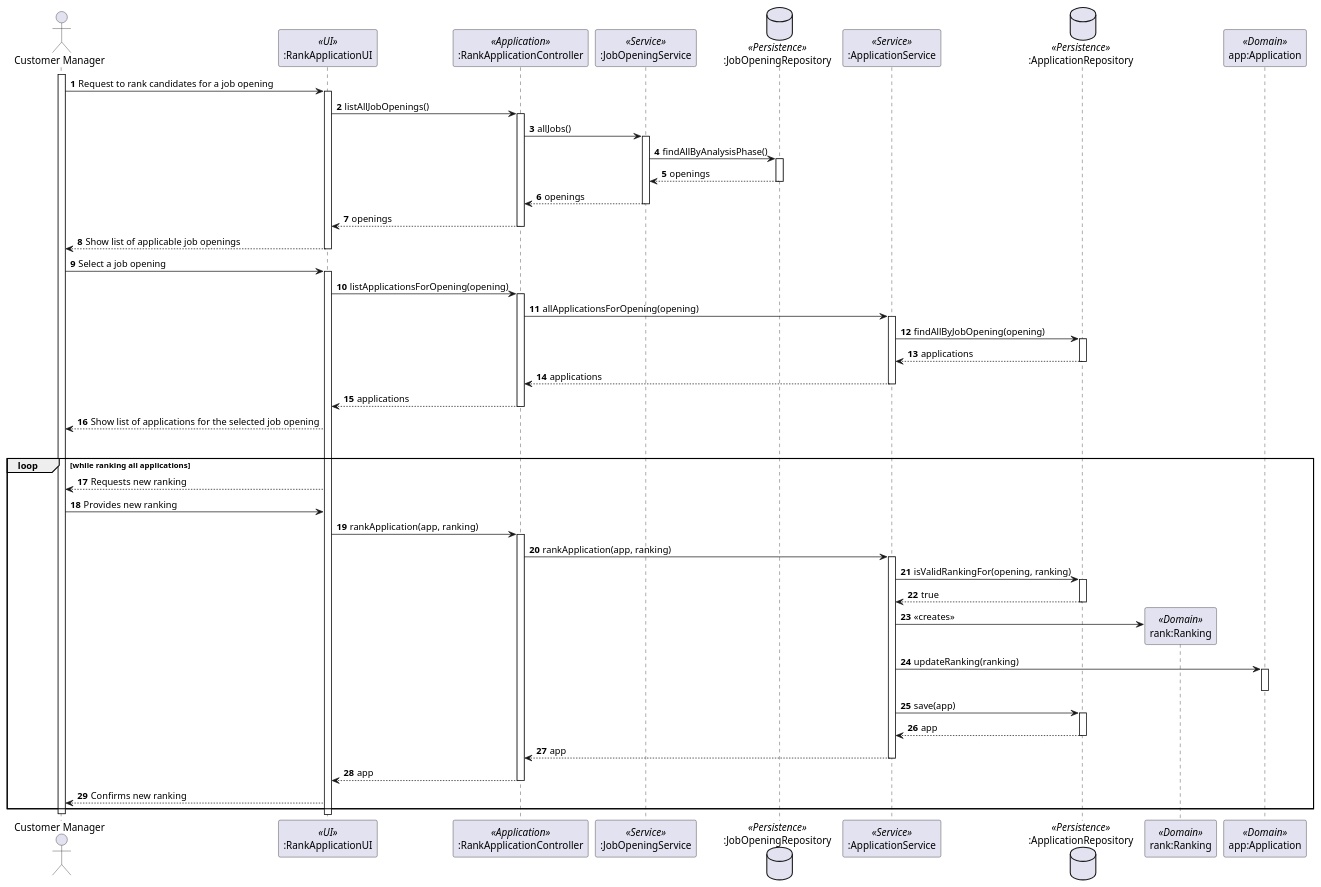
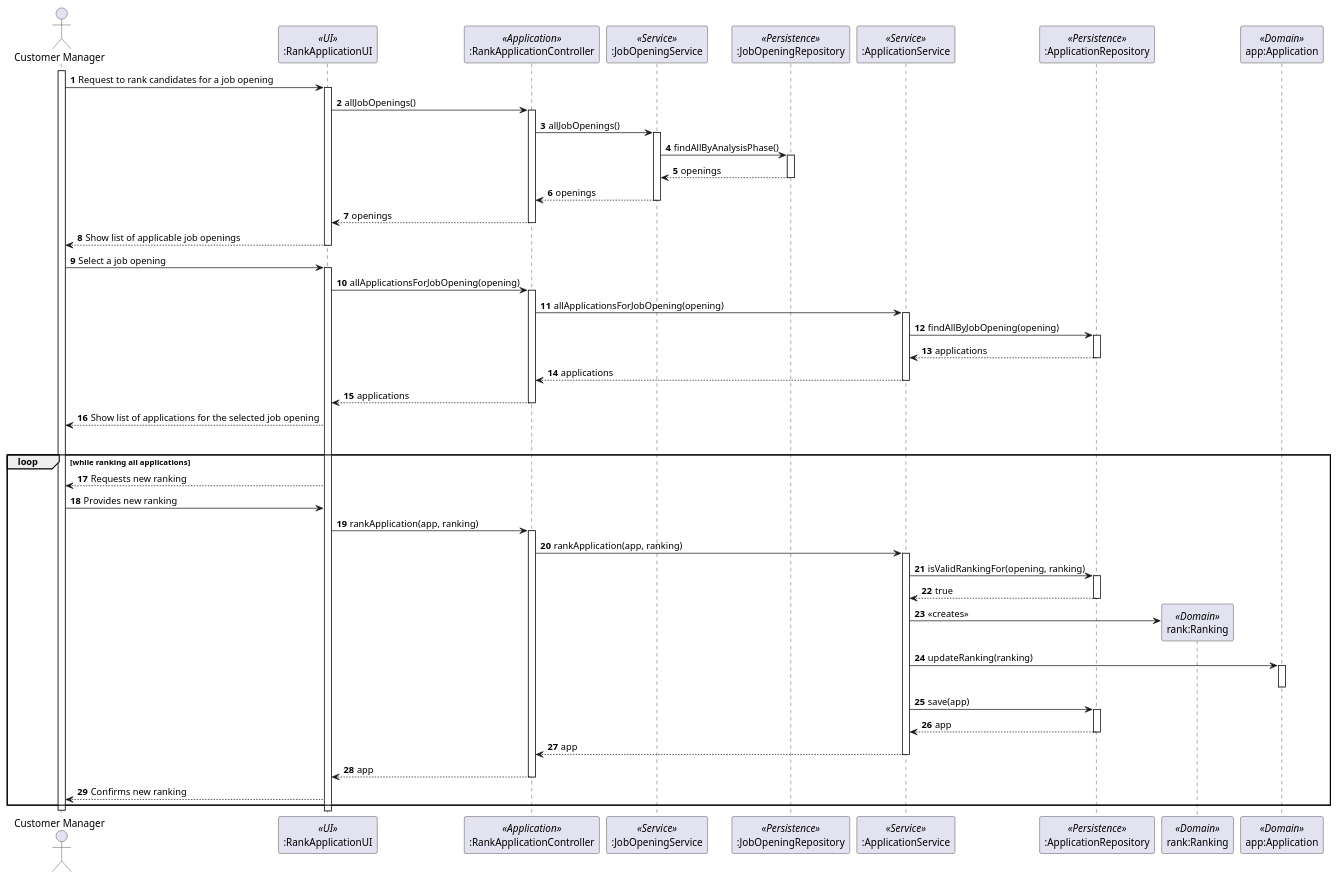
The diagram in docs/sprintC/1013/1013-sequence-diagram.puml (marcoferreira37/Lapr4), drawn with PlantUML before and after one commit.

Commit message:
#35 [US1013] Update of the SD

```diff
--- a/docs/sprintC/1013/1013-sequence-diagram.puml
+++ b/docs/sprintC/1013/1013-sequence-diagram.puml
@@ -1,98 +1,98 @@
 @startuml
 
 actor "Customer Manager" as Agent
 participant ":RankApplicationUI" as ui <<UI>>
 participant ":RankApplicationController" as ctrl <<Application>>
 participant ":JobOpeningService" as jobServ <<Service>>
-database ":JobOpeningRepository" as jobRepo <<Persistence>>
+participant ":JobOpeningRepository" as jobRepo <<Persistence>>
 participant ":ApplicationService" as appServ <<Service>>
-database ":ApplicationRepository" as appRepo <<Persistence>>
+participant ":ApplicationRepository" as appRepo <<Persistence>>
 participant "rank:Ranking" as rank <<Domain>>
 participant "app:Application" as app <<Domain>>
 
 autonumber
 
 activate Agent
 
 Agent -> ui: Request to rank candidates for a job opening
 activate ui
-ui -> ctrl: listAllJobOpenings()
+ui -> ctrl: allJobOpenings()
 activate ctrl
-ctrl -> jobServ: allJobs()
+ctrl -> jobServ: allJobOpenings()
 activate jobServ
 jobServ -> jobRepo: findAllByAnalysisPhase()
 activate jobRepo
 jobRepo --> jobServ: openings
 deactivate
 jobServ --> ctrl: openings
 deactivate
 ctrl --> ui: openings
 deactivate
 ui --> Agent: Show list of applicable job openings
 deactivate
 Agent -> ui : Select a job opening
 activate ui
 
 
 
-ui -> ctrl: listApplicationsForOpening(opening)
+ui -> ctrl: allApplicationsForJobOpening(opening)
 
 activate ctrl
 
-ctrl -> appServ: allApplicationsForOpening(opening)
+ctrl -> appServ: allApplicationsForJobOpening(opening)
 
 
 
 
 activate appServ
 appServ -> appRepo: findAllByJobOpening(opening)
 activate appRepo
 appRepo --> appServ: applications
 deactivate
 
 appServ --> ctrl: applications
 deactivate
 
 ctrl --> ui: applications
 deactivate
 
 ui --> Agent : Show list of applications for the selected job opening
 alt User wants to re-rank an application
 loop while ranking all applications
 
 ui --> Agent : Requests new ranking
 
 Agent -> ui : Provides new ranking
 ui -> ctrl : rankApplication(app, ranking)
 
 activate ctrl
 ctrl -> appServ : rankApplication(app, ranking)
 
 activate appServ
 appServ -> appRepo : isValidRankingFor(opening, ranking)
 activate appRepo
 appRepo --> appServ : true
 deactivate
 appServ -> rank** : «creates»
 appServ -> app : updateRanking(ranking)
 activate app
 deactivate
 
 appServ -> appRepo : save(app)
 activate appRepo
 appRepo --> appServ : app
 deactivate
 appServ --> ctrl : app
 deactivate
 ctrl --> ui : app
 deactivate
 ui --> Agent  : Confirms new ranking
 
 
 end loop
 
 deactivate Agent
 
 
 
 @enduml
```
